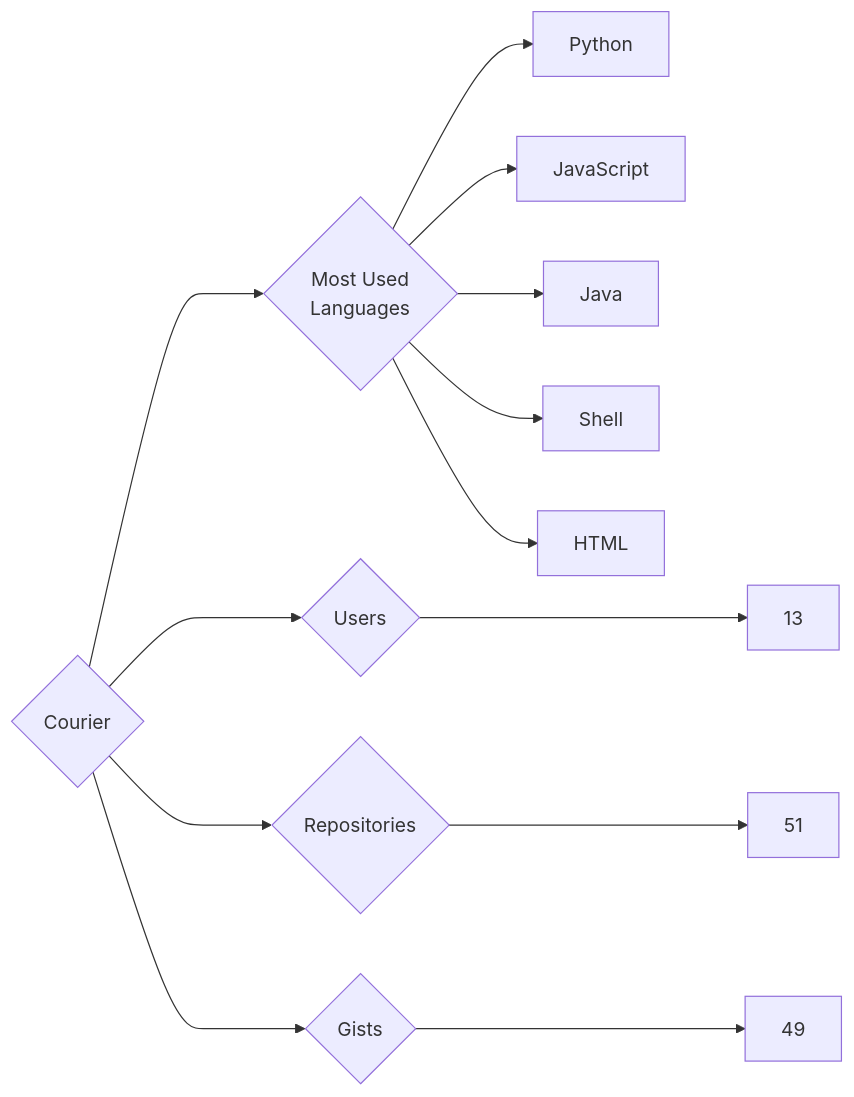
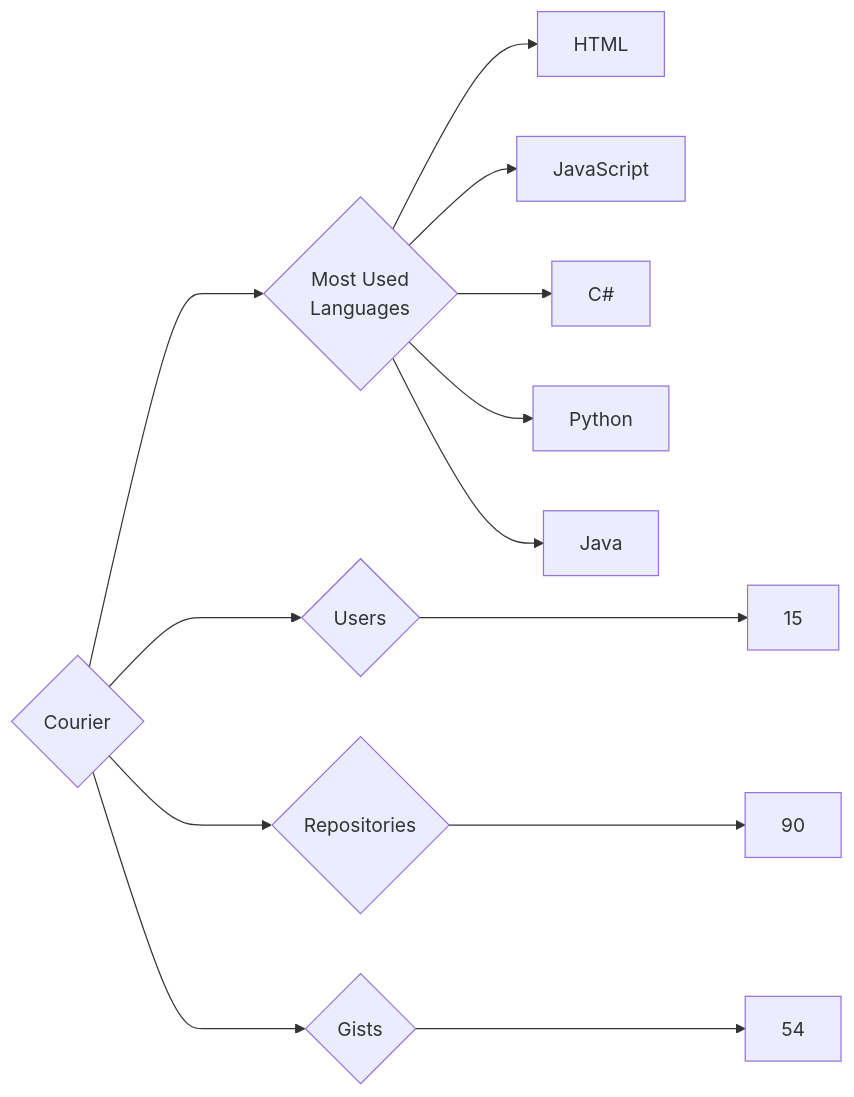
Before and after one commit to trickest/insiders: the diagram in targets/Courier/README.md, drawn with Mermaid. The commit also changed 925 other files, not shown here.

````diff
--- a/targets/Courier/README.md
+++ b/targets/Courier/README.md
@@ -3,13 +3,13 @@
 ```mermaid
 graph LR
 COMPANY_NAME{Courier}
-COMPANY_NAME ---> U{Users} ---> UN[13]
-COMPANY_NAME ---> R{Repositories} ---> RN[51]
-COMPANY_NAME ---> G{Gists} ---> GN[49]
+COMPANY_NAME ---> U{Users} ---> UN[15]
+COMPANY_NAME ---> R{Repositories} ---> RN[90]
+COMPANY_NAME ---> G{Gists} ---> GN[54]
 COMPANY_NAME ---> ML{Most Used<br>Languages}
+ML --> HTML[HTML]
+ML --> JavaScript[JavaScript]
+ML --> C#[C#]
 ML --> Python[Python]
-ML --> JavaScript[JavaScript]
 ML --> Java[Java]
-ML --> Shell[Shell]
-ML --> HTML[HTML]
 ```
````
